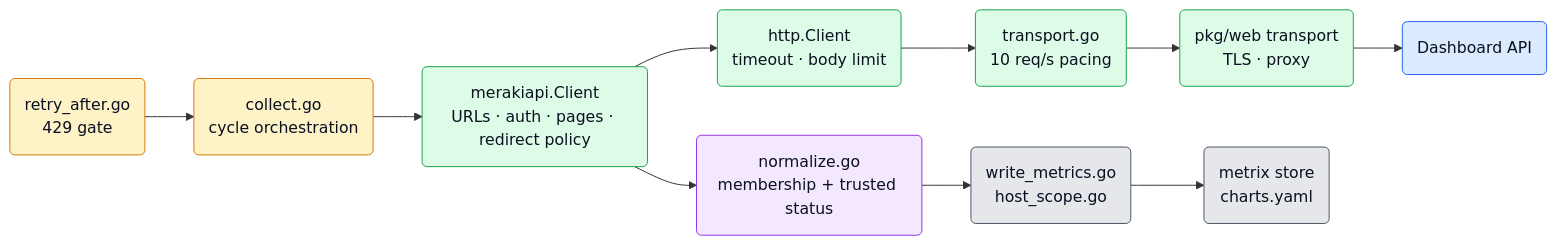
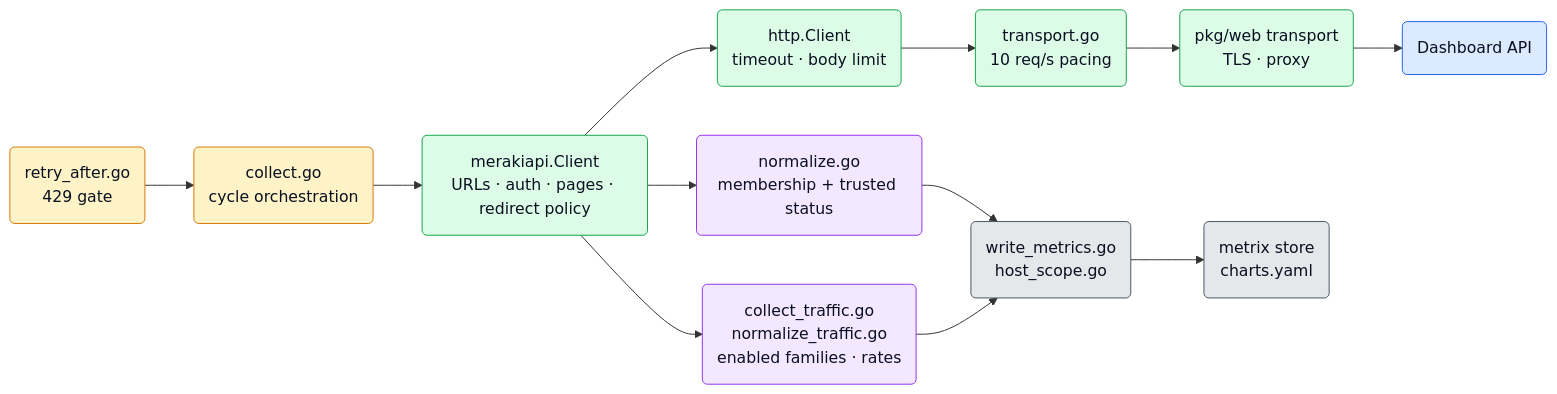
One commit to netdata/netdata changed the second of 4 diagrams in src/go/plugin/go.d/collector/meraki/ARCHITECTURE.md. Above: the diagram before and after it, drawn with Mermaid. The commit also changed other lines of this file, not shown here.

First line of the commit message:
docs(go.d/meraki): weave traffic into the ARCHITECTURE.md journey

````diff
--- a/src/go/plugin/go.d/collector/meraki/ARCHITECTURE.md
+++ b/src/go/plugin/go.d/collector/meraki/ARCHITECTURE.md
@@ -95,27 +99,29 @@
 ```mermaid
 flowchart LR
     Collect("collect.go<br/>cycle orchestration")
     Gate("retry_after.go<br/>429 gate")
     Client("merakiapi.Client<br/>URLs · auth · pages · redirect policy")
     HTTP("http.Client<br/>timeout · body limit")
     Pace("transport.go<br/>10 req/s pacing")
     Web("pkg/web transport<br/>TLS · proxy")
     API("Dashboard API")
     Join("normalize.go<br/>membership + trusted status")
+    Traffic("collect_traffic.go<br/>normalize_traffic.go<br/>enabled families · rates")
     Write("write_metrics.go<br/>host_scope.go")
     Store("metrix store<br/>charts.yaml")
 
     Gate --> Collect --> Client --> HTTP --> Pace --> Web --> API
     Client --> Join --> Write --> Store
+    Client --> Traffic --> Write
 
     classDef ext fill:#dbeafe,stroke:#2563eb,color:#0b1021;
     classDef recv fill:#dcfce7,stroke:#16a34a,color:#0b1021;
     classDef mean fill:#f3e8ff,stroke:#9333ea,color:#0b1021;
     classDef out fill:#e5e7eb,stroke:#4b5563,color:#0b1021;
     classDef core fill:#fef3c7,stroke:#d97706,color:#0b1021;
     class API ext;
     class Client,HTTP,Pace,Web recv;
-    class Join mean;
+    class Join,Traffic mean;
     class Write,Store out;
     class Collect,Gate core;
 ```
````
